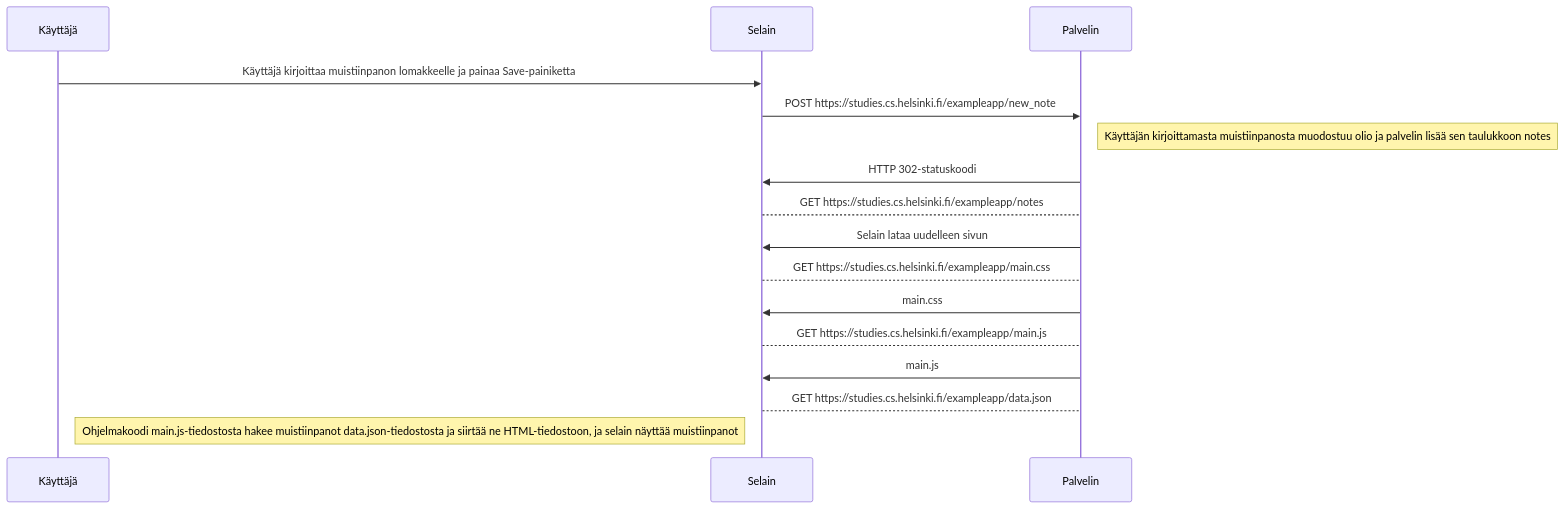
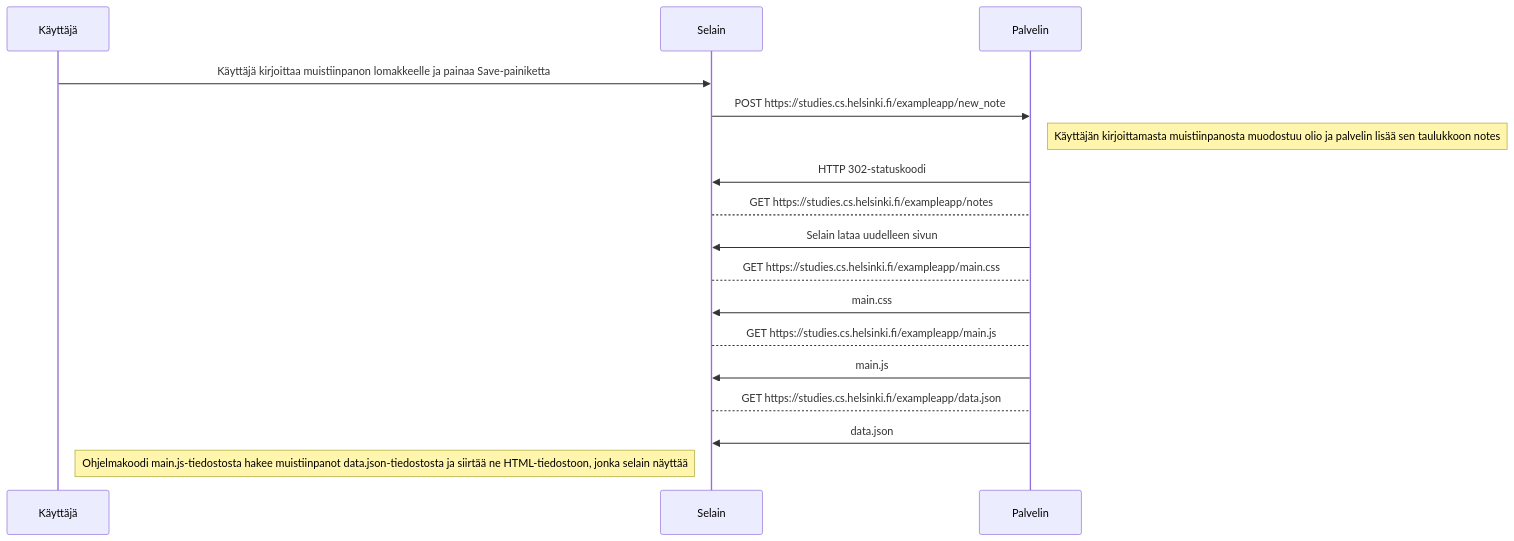
The diagram in osa0/README.md (juusorutanen/Full-Stack-Open-Course), drawn with Mermaid before and after one commit.

````diff
--- a/osa0/README.md
+++ b/osa0/README.md
@@ -6,25 +6,26 @@
 ```mermaid
 
 sequenceDiagram
     participant Käyttäjä
     participant Selain
     participant Palvelin
     Käyttäjä->>Selain: Käyttäjä kirjoittaa muistiinpanon lomakkeelle ja painaa Save-painiketta
     
     Selain->>Palvelin: POST https://studies.cs.helsinki.fi/exampleapp/new_note
     Note right of Palvelin: Käyttäjän kirjoittamasta muistiinpanosta muodostuu olio ja palvelin lisää sen taulukkoon notes
     Palvelin->>Selain: HTTP 302-statuskoodi
     Selain-->Palvelin: GET https://studies.cs.helsinki.fi/exampleapp/notes
     Palvelin->>Selain: Selain lataa uudelleen sivun
     Selain-->Palvelin: GET https://studies.cs.helsinki.fi/exampleapp/main.css
     Palvelin->>Selain: main.css
     Selain-->Palvelin: GET https://studies.cs.helsinki.fi/exampleapp/main.js
     Palvelin->>Selain: main.js
     Selain-->Palvelin: GET https://studies.cs.helsinki.fi/exampleapp/data.json
-    Note left of Selain: Ohjelmakoodi main.js-tiedostosta hakee muistiinpanot data.json-tiedostosta ja siirtää ne HTML-tiedostoon, ja selain näyttää muistiinpanot
+    Palvelin->>Selain: data.json
+    Note left of Selain: Ohjelmakoodi main.js-tiedostosta hakee muistiinpanot data.json-tiedostosta ja siirtää ne HTML-tiedostoon, jonka selain näyttää
     
 
 
    
     
 ```
````
